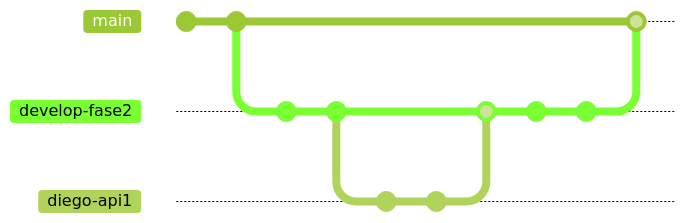
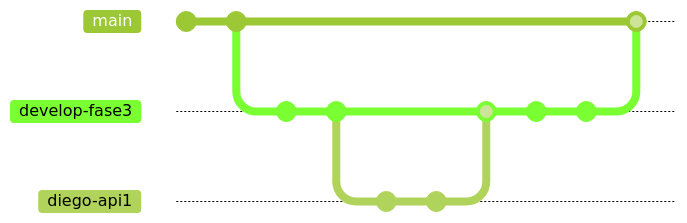
One commit to DiegoCali/ARQUI2B_1S2025_G9 changed the second of 2 diagrams in Fase3/README.md. Above: the diagram before and after it, drawn with Mermaid (forest theme). The commit also changed other lines of this file and 4 other files, not shown here. Commit ids are hidden.

````diff
--- a/Fase3/README.md
+++ b/Fase3/README.md
@@ -56,19 +56,19 @@
 ```mermaid
 gitGraph
   commit
   commit
-  branch develop-fase2
-  checkout develop-fase2
+  branch develop-fase3
+  checkout develop-fase3
   commit
   commit
   branch diego-api1
   checkout diego-api1
   commit
   commit
-  checkout develop-fase2
+  checkout develop-fase3
   merge diego-api1
   commit
   commit
   checkout main
-  merge develop-fase2
+  merge develop-fase3
 ```
````
